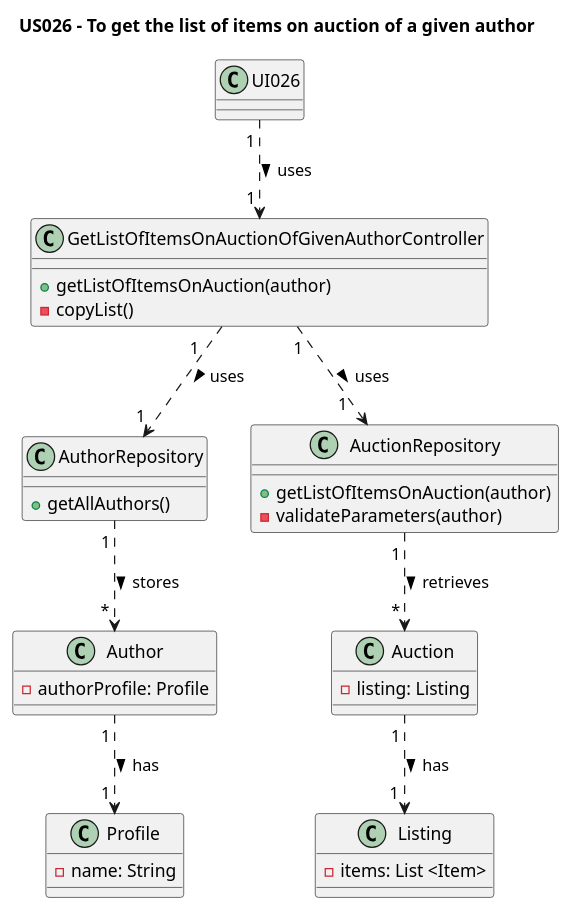
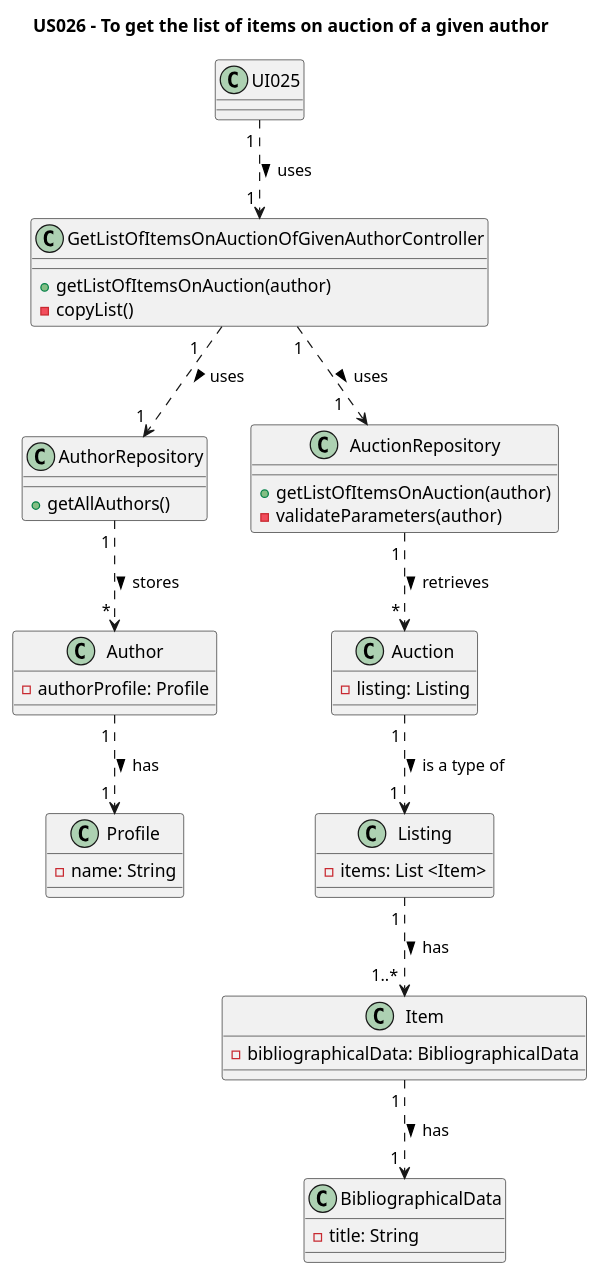
Before and after one commit to AndrePereiraGitH/SWitCH-Project-Team_A: the diagram in Diagrams/ClassDiagrams/US026-to-get-the-list-of-items-on-auction-of-a-given-author.puml, drawn with PlantUML. The commit also changed 3 other files, not shown here.

```diff
--- a/Diagrams/ClassDiagrams/US026-to-get-the-list-of-items-on-auction-of-a-given-author.puml
+++ b/Diagrams/ClassDiagrams/US026-to-get-the-list-of-items-on-auction-of-a-given-author.puml
@@ -1,48 +1,59 @@
 @startuml
 title US026 - To get the list of items on auction of a given author
 
-class UI026{
+class UI025{
 
 }
 
 class GetListOfItemsOnAuctionOfGivenAuthorController {
   +getListOfItemsOnAuction(author)
   -copyList()
 }
 
 class AuthorRepository{
     +getAllAuthors()
 }
 
 class Author {
   -authorProfile: Profile
 }
 
 class Profile {
   -name: String
 }
 
 class AuctionRepository {
   +getListOfItemsOnAuction(author)
   -validateParameters(author)
 }
 
 class Auction {
   - listing: Listing
 }
 
 class Listing {
   - items: List <Item>
 }
 
+class Item {
+    - bibliographicalData: BibliographicalData
+}
+
+class BibliographicalData {
+    - title: String
+    }
+
 ' Interactions
 
-UI026 "1 " ..> "1 " GetListOfItemsOnAuctionOfGivenAuthorController : uses >
-GetListOfItemsOnAuctionOfGivenAuthorController  "1" ..> "1   " AuctionRepository : uses >
+UI025 "1 " ..> "1 " GetListOfItemsOnAuctionOfGivenAuthorController : uses >
+GetListOfItemsOnAuctionOfGivenAuthorController  " 1" ..> "1    " AuctionRepository : uses >
 GetListOfItemsOnAuctionOfGivenAuthorController "1    " ..> "1 " AuthorRepository: uses >
 AuctionRepository "1 " ..> " * " Auction : retrieves >
-Auction "1 " ..> " 1 " Listing : has >
-AuthorRepository "1 " ..> "           *" Author : stores >
+Auction "1 " ..> " 1 " Listing : is a type of >
+AuthorRepository "1 " ..> "          *" Author : stores >
 Author "1 " ..> "1 " Profile : has >
+Listing "1 " ..> "          1..*" Item: has >
+Item "1 " ..> "          1" BibliographicalData: has >
+
 
 @enduml
```
